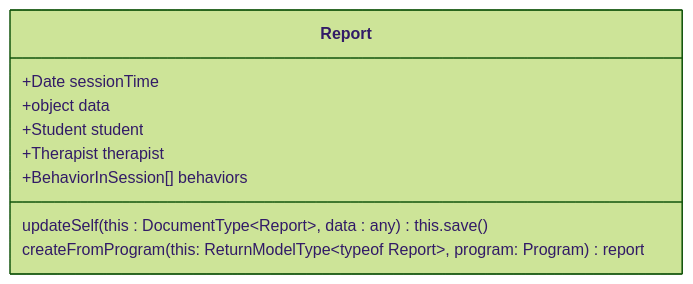
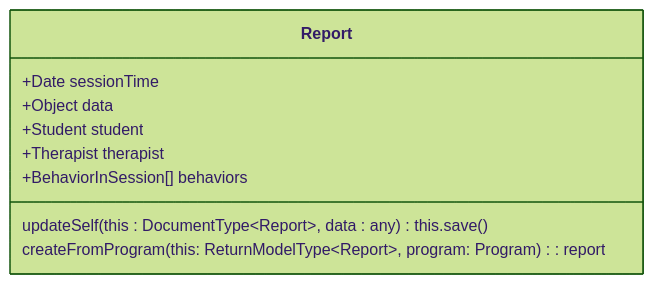
One commit to UTDallasEPICS/ATC-Patient-Data changed the sixth of 6 diagrams in Documentation/Model Schemas.md. Above: the diagram before and after it, drawn with Mermaid (forest theme). The commit also changed other lines of this file, not shown here.

First line of the commit message:
Update Model Schemas.md

````diff
--- a/Documentation/Model Schemas.md
+++ b/Documentation/Model Schemas.md
@@ -97,13 +96,13 @@
 ```mermaid
 classDiagram
     class Report {
         +Date sessionTime
-        +object data
+        +Object data
         +Student student
         +Therapist therapist
         +BehaviorInSession[] behaviors
 
         updateSelf(this : DocumentType~Report~, data : any) : this.save()
-        createFromProgram(this: ReturnModelType~typeof Report~, program: Program) report
+        createFromProgram(this: ReturnModelType~Report~, program: Program) : report
     }
 ```
````
